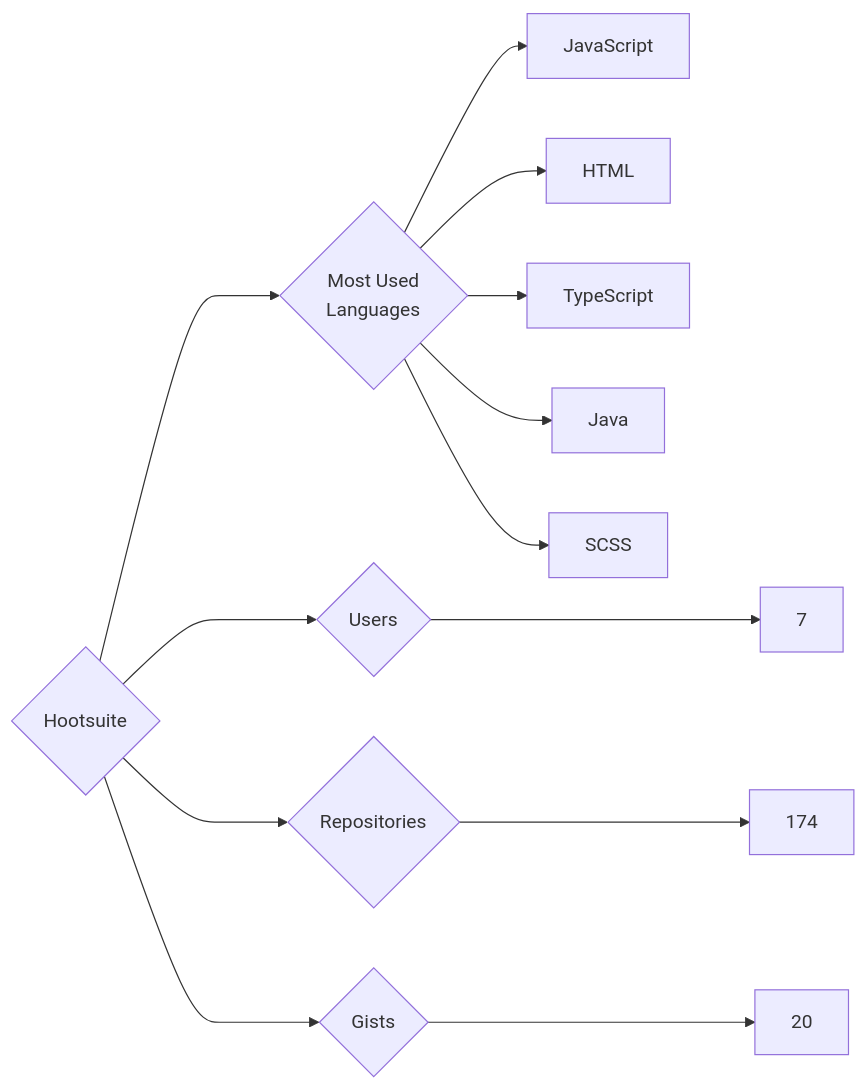
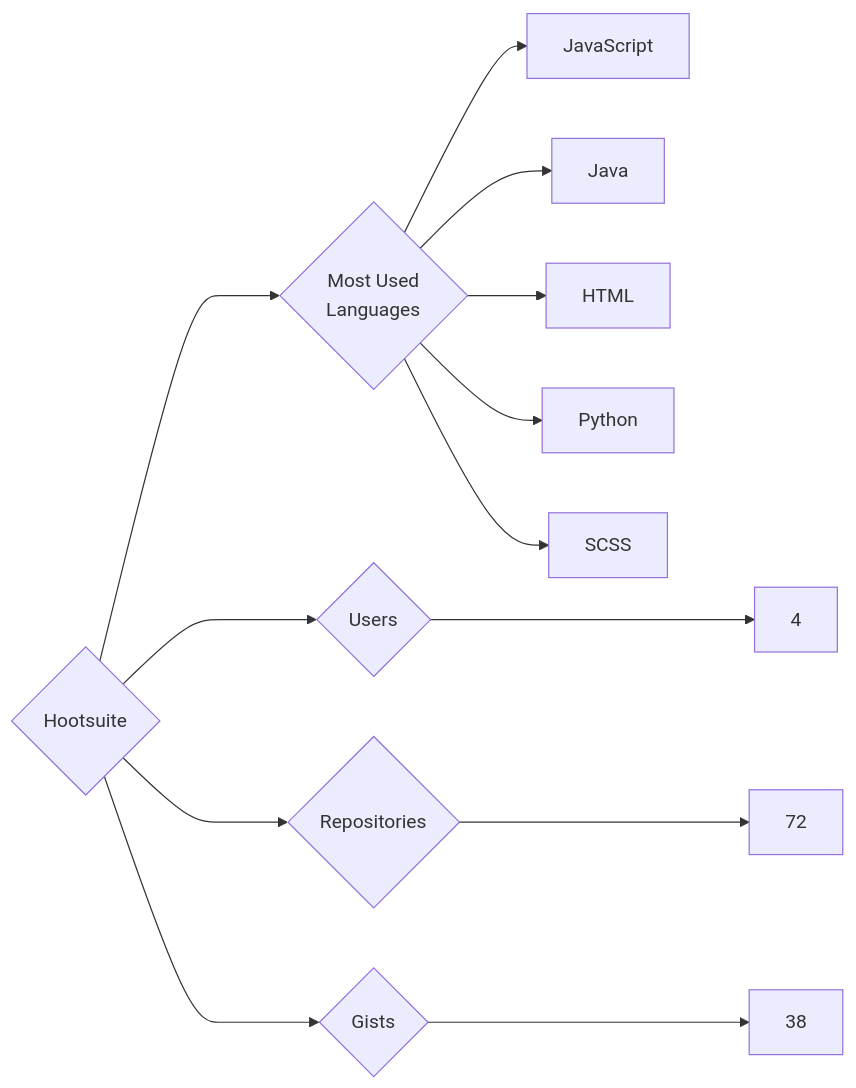
Before and after one commit to trickest/insiders: the diagram in targets/Hootsuite/README.md, drawn with Mermaid. The commit also changed 1167 other files, not shown here.

````diff
--- a/targets/Hootsuite/README.md
+++ b/targets/Hootsuite/README.md
@@ -3,13 +3,13 @@
 ```mermaid
 graph LR
 COMPANY_NAME{Hootsuite}
-COMPANY_NAME ---> U{Users} ---> UN[7]
-COMPANY_NAME ---> R{Repositories} ---> RN[174]
-COMPANY_NAME ---> G{Gists} ---> GN[20]
+COMPANY_NAME ---> U{Users} ---> UN[4]
+COMPANY_NAME ---> R{Repositories} ---> RN[72]
+COMPANY_NAME ---> G{Gists} ---> GN[38]
 COMPANY_NAME ---> ML{Most Used<br>Languages}
 ML --> JavaScript[JavaScript]
+ML --> Java[Java]
 ML --> HTML[HTML]
-ML --> TypeScript[TypeScript]
-ML --> Java[Java]
+ML --> Python[Python]
 ML --> SCSS[SCSS]
 ```
````
